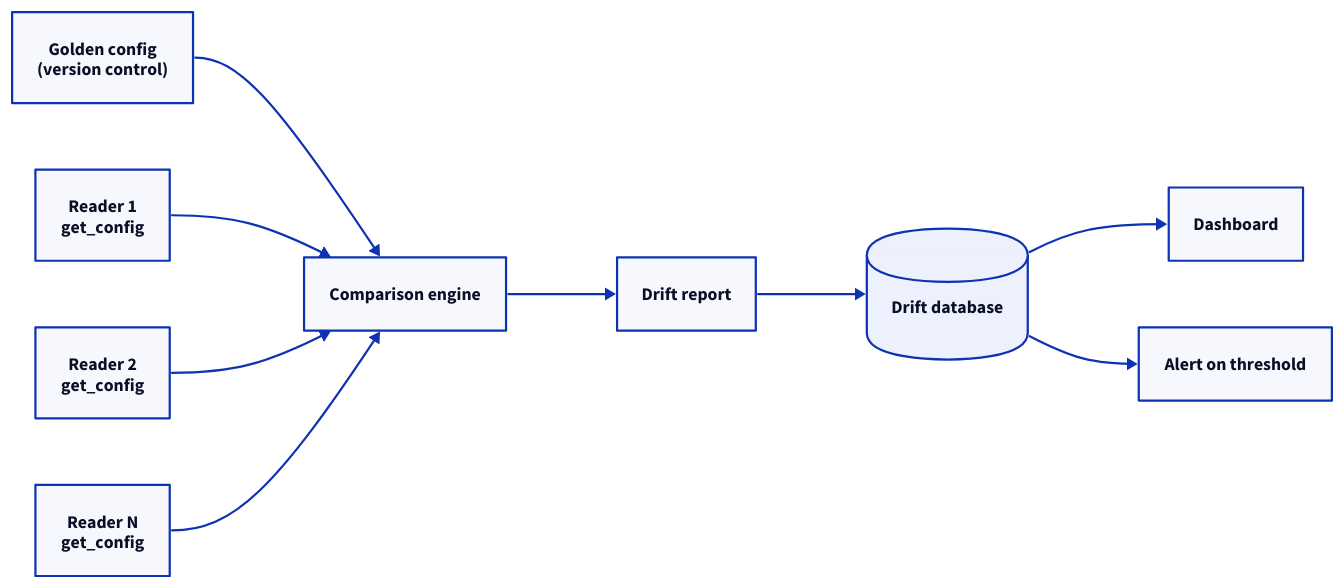
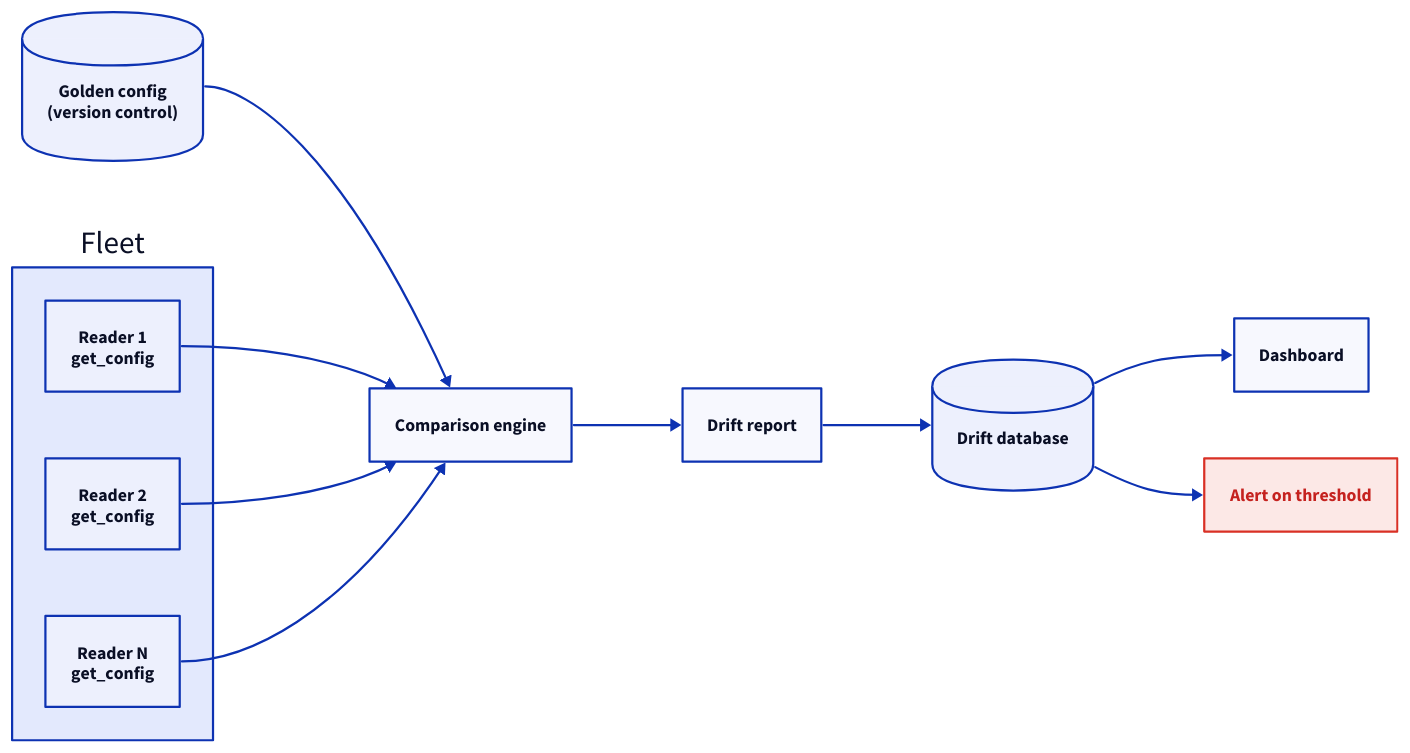
The diagram in docs/fleet/management/drift.md (admiral-ai/zebra-handheld-rfid-iotc), drawn with D2 before and after one commit. The commit also changed 40 other files, not shown here.

First line of the commit message:
Redesign all 54 D2 diagrams to a unified visual system

````diff
--- a/docs/fleet/management/drift.md
+++ b/docs/fleet/management/drift.md
@@ -57,20 +57,26 @@
 ```d2
+classes: {
+  bad: { style: { fill: "#fce8e6"; stroke: "#d93025"; font-color: "#c5221f" } }
+}
 direction: right
-GC: "Golden config\n(version control)"
+GC: "Golden config\n(version control)" { shape: cylinder }
 CMP: Comparison engine
-R1: "Reader 1\nget_config"
-R2: "Reader 2\nget_config"
-Rn: "Reader N\nget_config"
+fleet: Fleet {
+  R1: "Reader 1\nget_config"
+  R2: "Reader 2\nget_config"
+  Rn: "Reader N\nget_config"
+}
 DR: Drift report
 DB: Drift database { shape: cylinder }
 DASH: Dashboard
-ALT: Alert on threshold
+ALT: Alert on threshold { class: bad }
 GC -> CMP
-R1 -> CMP
-R2 -> CMP
-Rn -> CMP
+fleet.R1 -> CMP
+fleet.R2 -> CMP
+fleet.Rn -> CMP
 CMP -> DR
 DR -> DB
 DB -> DASH
 DB -> ALT
+
 ```
````
